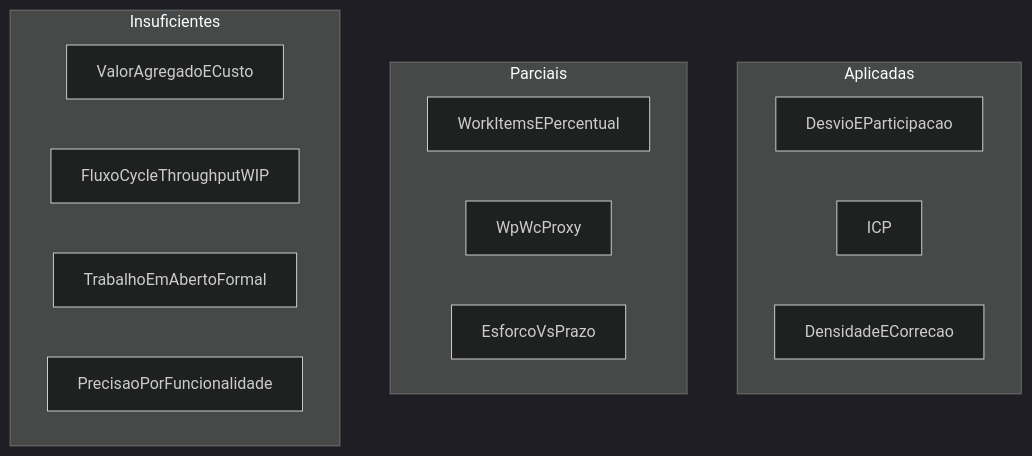
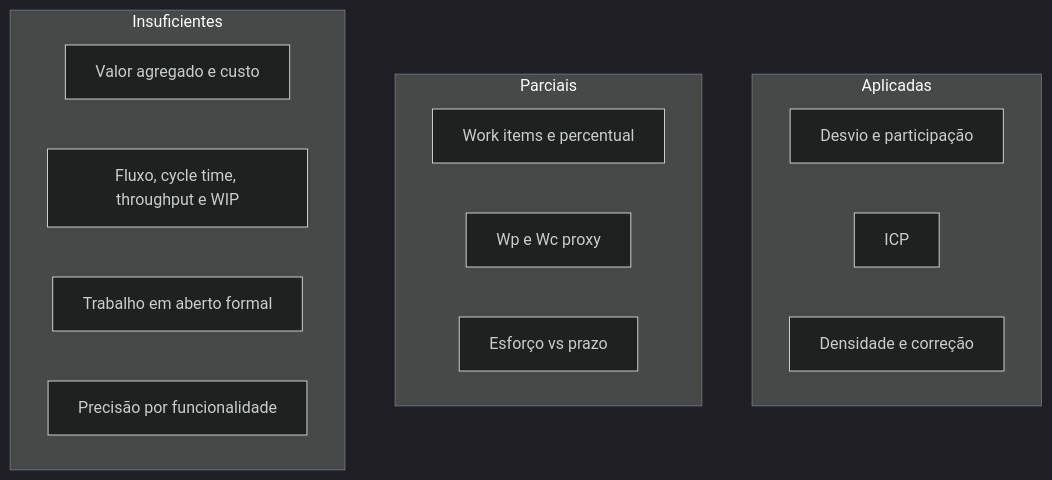
The diagram in docs/gestao-psm/procedimentos-e-lacunas.md (FCTE-Qualidade-de-Software-1/2026-2_T01_BETTY_SNYDER), drawn with Mermaid (dark theme) before and after one commit. The commit also changed 4 other files, not shown here.

Commit message:
docs(psm): alinha diagramas ao modelo da Aula 09 e rotulos com espacos

````diff
--- a/docs/gestao-psm/procedimentos-e-lacunas.md
+++ b/docs/gestao-psm/procedimentos-e-lacunas.md
@@ -46,19 +46,19 @@
 ```mermaid
 flowchart TB
-  subgraph ok [Aplicadas]
-    A1[DesvioEParticipacao]
-    A2[ICP]
-    A3[DensidadeECorrecao]
+  subgraph ok ["Aplicadas"]
+    A1["Desvio e participação"]
+    A2["ICP"]
+    A3["Densidade e correção"]
   end
-  subgraph mid [Parciais]
-    B1[WorkItemsEPercentual]
-    B2[WpWcProxy]
-    B3[EsforcoVsPrazo]
+  subgraph mid ["Parciais"]
+    B1["Work items e percentual"]
+    B2["Wp e Wc proxy"]
+    B3["Esforço vs prazo"]
   end
-  subgraph gap [Insuficientes]
-    C1[ValorAgregadoECusto]
-    C2[FluxoCycleThroughputWIP]
-    C3[TrabalhoEmAbertoFormal]
-    C4[PrecisaoPorFuncionalidade]
+  subgraph gap ["Insuficientes"]
+    C1["Valor agregado e custo"]
+    C2["Fluxo, cycle time, throughput e WIP"]
+    C3["Trabalho em aberto formal"]
+    C4["Precisão por funcionalidade"]
   end
 ```
````
